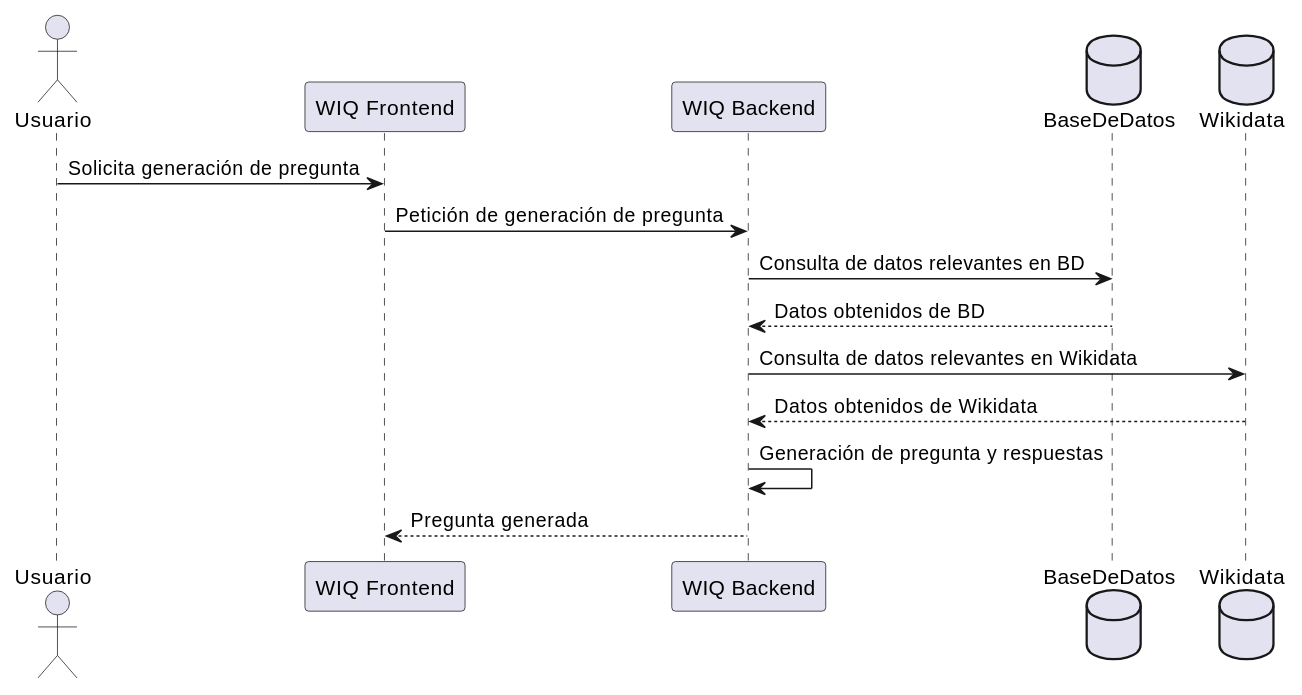
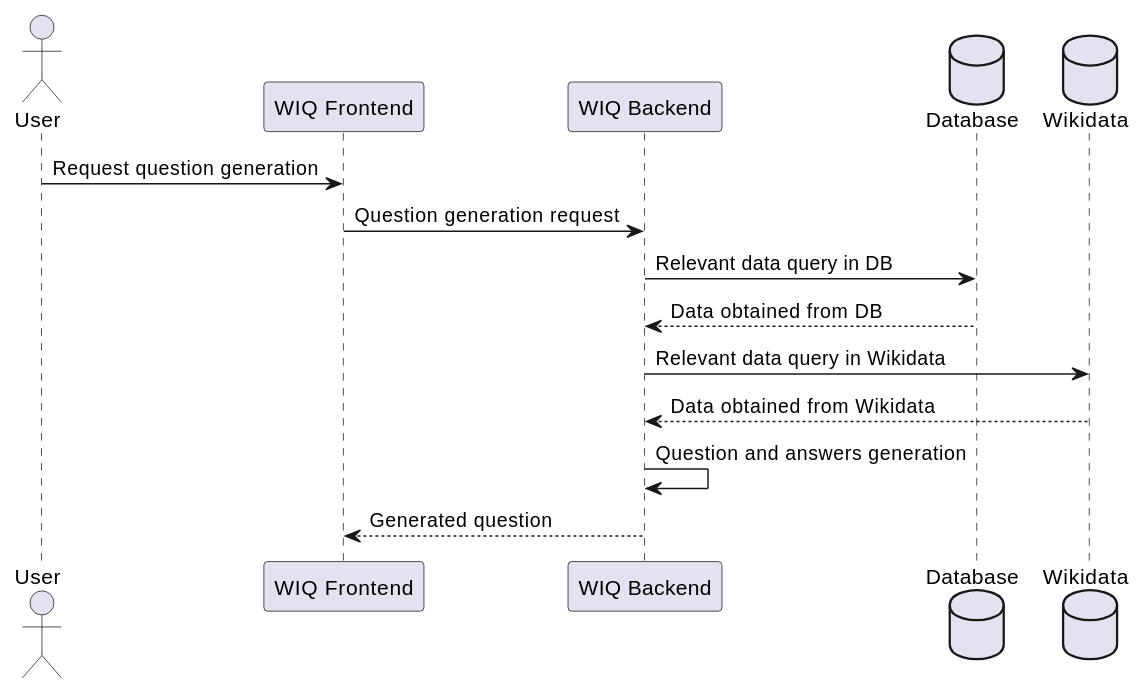
Before and after one commit to Arquisoft/wiq_es04b: the second of 6 diagrams in docs/src/06_runtime_view.adoc, drawn with PlantUML. The commit also changed other lines of this file and 1 other file, not shown here.

```diff
--- a/docs/src/06_runtime_view.adoc
+++ b/docs/src/06_runtime_view.adoc
@@ -57,17 +57,17 @@
 [plantuml,"Sequence diagram 2",png]
 ----
-actor Usuario
+actor User
 participant "WIQ Frontend" as Frontend
 participant "WIQ Backend" as Backend
-database BaseDeDatos as DB
+database Database as DB
 database Wikidata as Data
 
-Usuario -> Frontend: Solicita generación de pregunta
-Frontend -> Backend: Petición de generación de pregunta
-Backend -> DB: Consulta de datos relevantes en BD
-DB --> Backend: Datos obtenidos de BD
-Backend -> Data: Consulta de datos relevantes en Wikidata
-Data --> Backend: Datos obtenidos de Wikidata
-Backend -> Backend: Generación de pregunta y respuestas
-Backend --> Frontend: Pregunta generada
+User -> Frontend: Request question generation
+Frontend -> Backend: Question generation request
+Backend -> DB: Relevant data query in DB
+DB --> Backend: Data obtained from DB
+Backend -> Data: Relevant data query in Wikidata
+Data --> Backend: Data obtained from Wikidata
+Backend -> Backend: Question and answers generation
+Backend --> Frontend: Generated question
 ----
```
